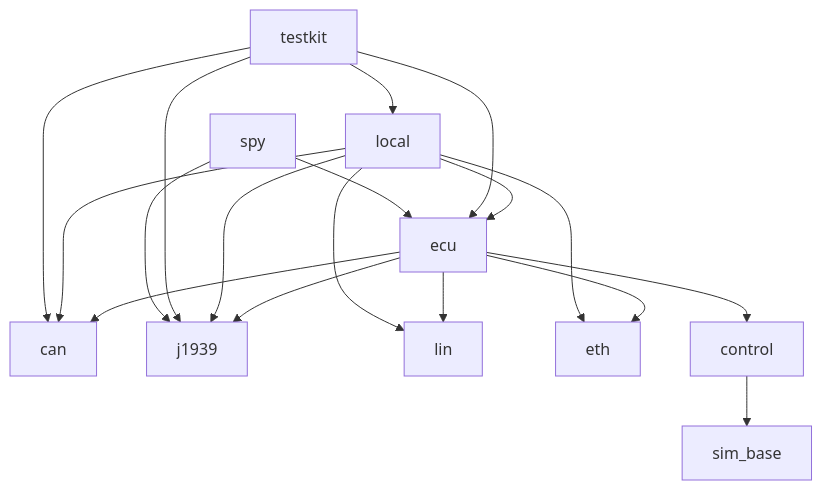
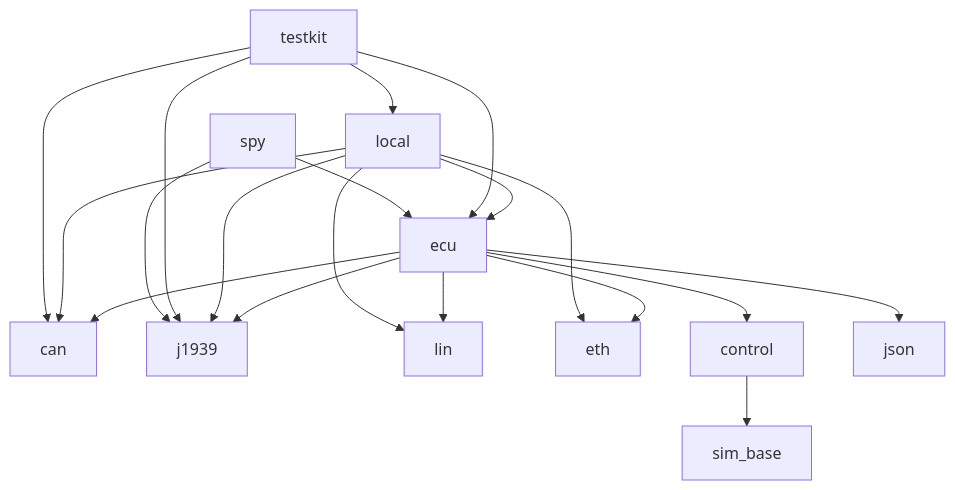
One commit to rahanahu/vehicle-sil changed the fourth of 8 diagrams in docs/code-map.md. Above: the diagram before and after it, drawn with Mermaid. The commit also changed other lines of this file and 18 other files, not shown here.

First line of the commit message:
refactor: move the JSON writer out of ecu's detail headers into its own target

````diff
--- a/docs/code-map.md
+++ b/docs/code-map.md
@@ -1282,20 +1294,21 @@
 ```mermaid
 flowchart TD
     ecu --> can
     ecu --> j1939
     ecu --> lin
     ecu --> eth
     ecu --> control
+    ecu --> json
     control --> sim_base
     local --> can
     local --> j1939
     local --> lin
     local --> eth
     local --> ecu
     testkit --> local
     testkit --> can
     testkit --> j1939
     testkit --> ecu
     spy --> ecu
     spy --> j1939
 ```
````
